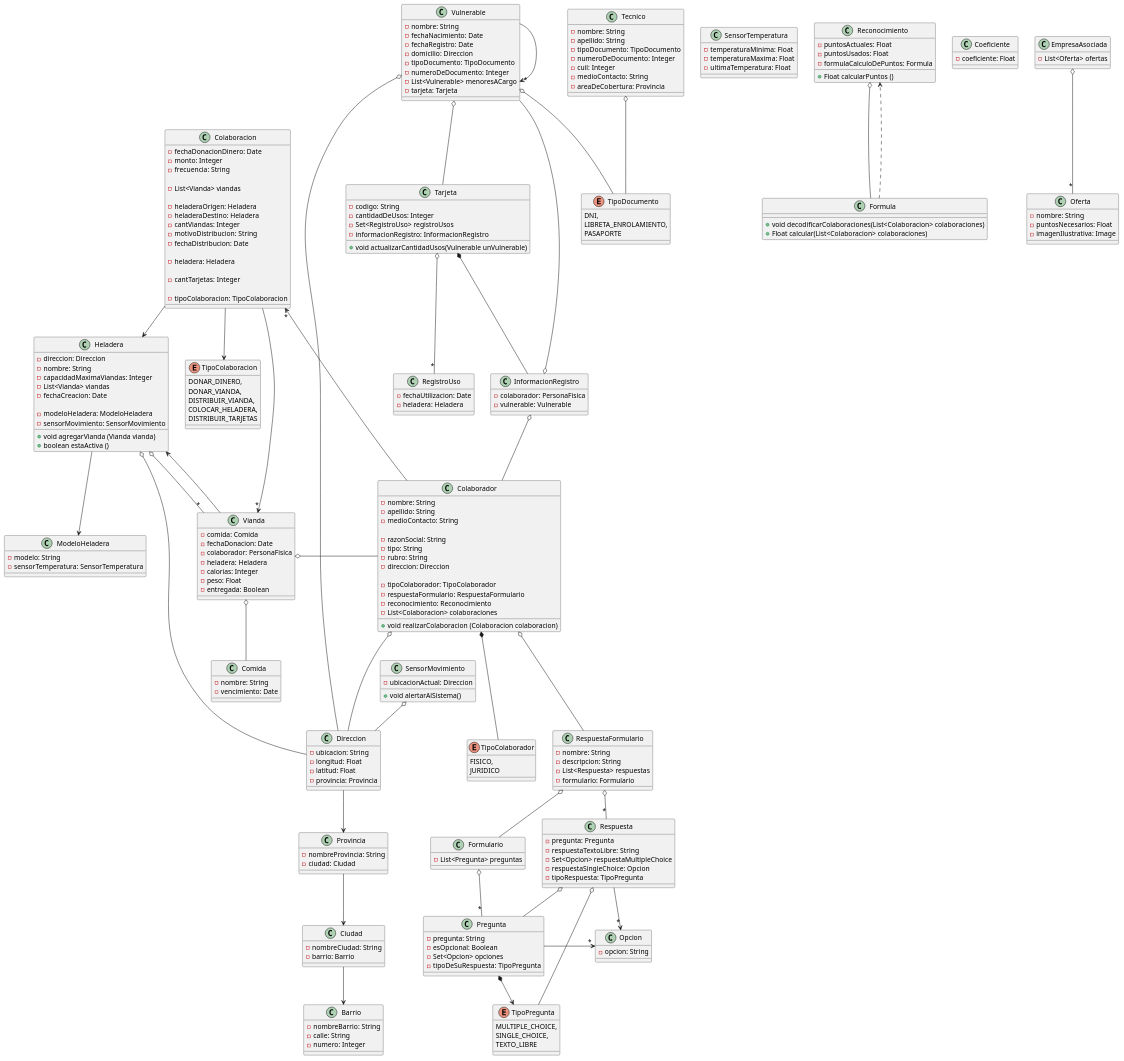
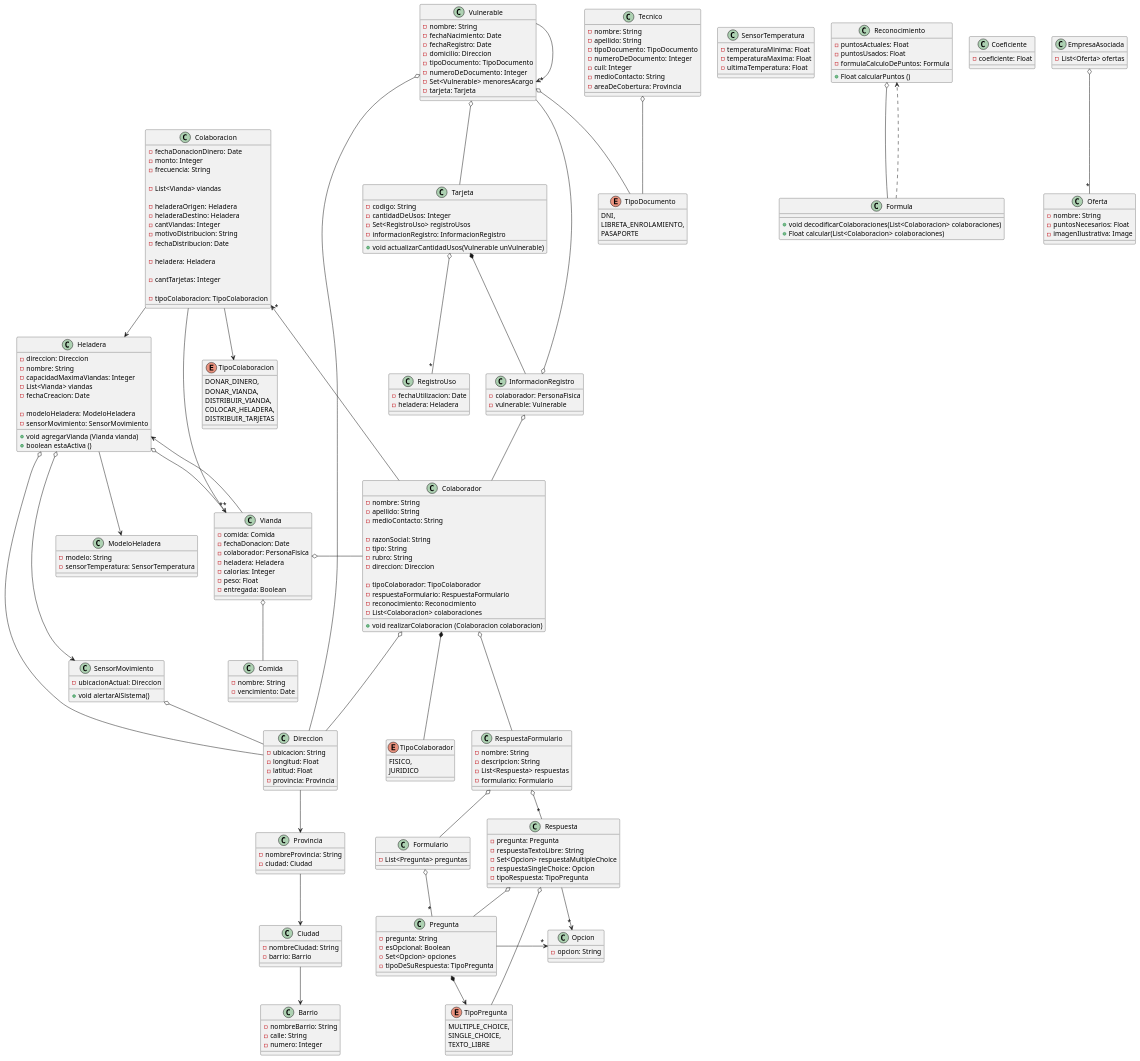
The diagram in diagrams/domain/diagrama-clases.puml (santymendez/tp-dds-2024), drawn with PlantUML before and after one commit. The commit also changed 23 other files, not shown here.

```diff
--- a/diagrams/domain/diagrama-clases.puml
+++ b/diagrams/domain/diagrama-clases.puml
@@ -60,7 +60,7 @@
     -domicilio: Direccion
     -tipoDocumento: TipoDocumento
     -numeroDeDocumento: Integer
-    -List<Vulnerable> menoresACargo
+    -Set<Vulnerable> menoresAcargo
     -tarjeta: Tarjeta
 }
 
@@ -279,5 +279,6 @@
 EmpresaAsociada o--"*" Oferta
 Heladera --> ModeloHeladera
 Colaborador *--- TipoColaborador
+Heladera o--> SensorMovimiento
 
 @enduml
```
